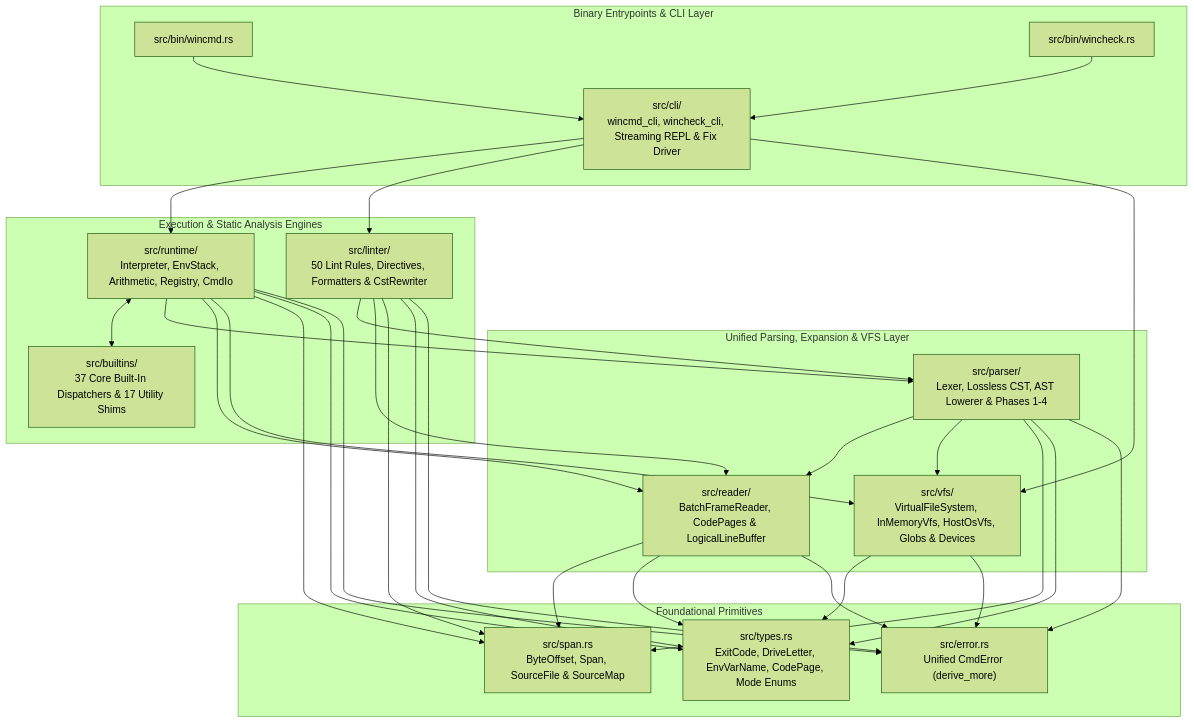
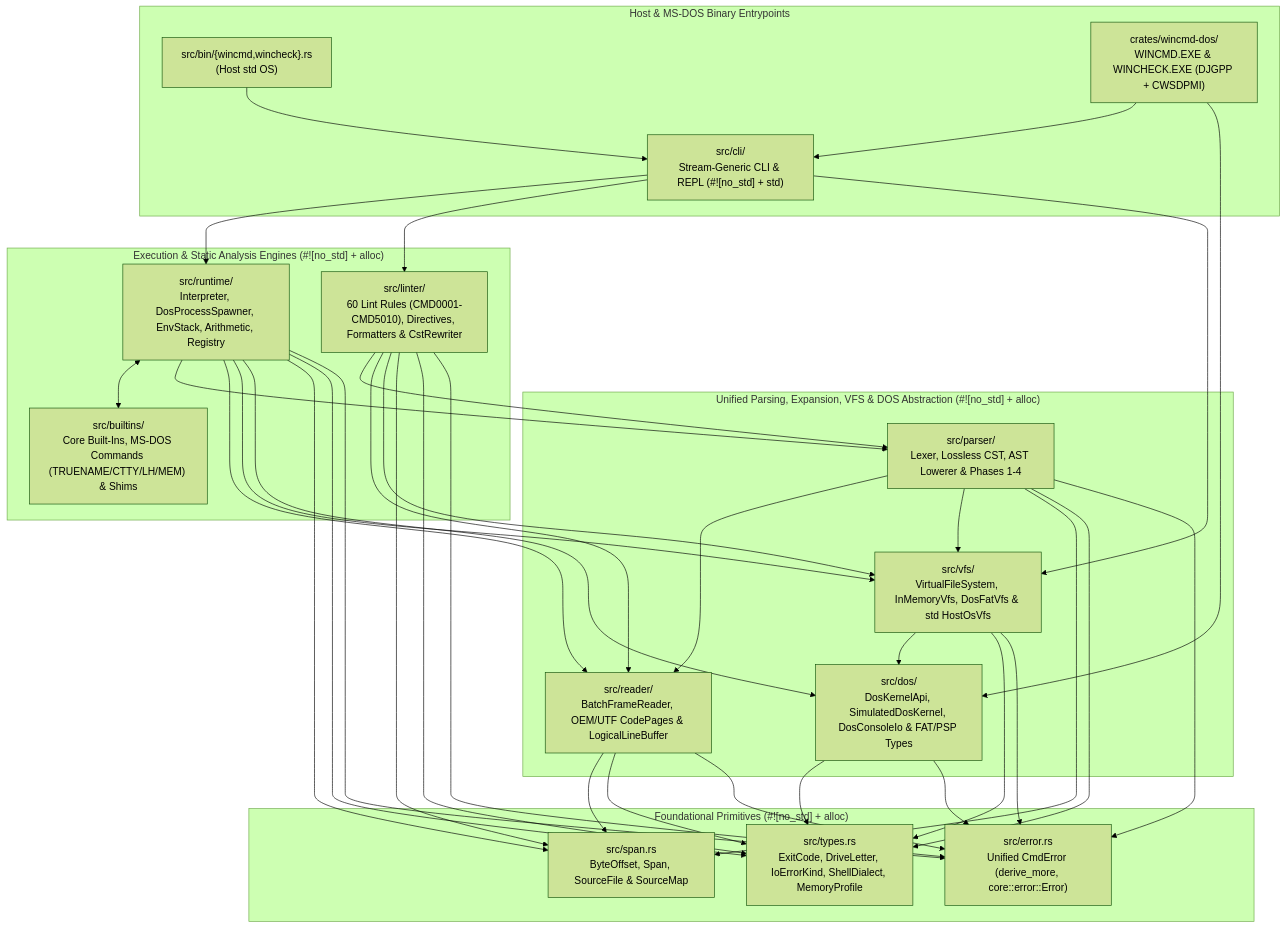
The first of 15 diagrams in ARCHITECTURE.md (SamuelMarks/win-cmd-rs), drawn with Mermaid (forest theme) before and after one commit. The commit also changed other lines of this file and 89 other files, not shown here.

````diff
--- a/ARCHITECTURE.md
+++ b/ARCHITECTURE.md
@@ -29,57 +30,64 @@
 ```mermaid
 flowchart TB
-    subgraph Binaries["Binary Entrypoints & CLI Layer"]
-        BIN_CMD["src/bin/wincmd.rs"]
-        BIN_CHK["src/bin/wincheck.rs"]
-        CLI["src/cli/<br/>wincmd_cli, wincheck_cli, Streaming REPL & Fix Driver"]
+    subgraph Binaries["Host & MS-DOS Binary Entrypoints"]
+        BIN_HOST["src/bin/{wincmd,wincheck}.rs<br/>(Host std OS)"]
+        BIN_DOS["crates/wincmd-dos/<br/>WINCMD.EXE & WINCHECK.EXE (DJGPP + CWSDPMI)"]
+        CLI["src/cli/<br/>Stream-Generic CLI & REPL (#![no_std] + std)"]
     end
 
-    subgraph Engines["Execution & Static Analysis Engines"]
-        RT["src/runtime/<br/>Interpreter, EnvStack, Arithmetic, Registry, CmdIo"]
-        BI["src/builtins/<br/>37 Core Built-In Dispatchers & 17 Utility Shims"]
-        LINT["src/linter/<br/>50 Lint Rules, Directives, Formatters & CstRewriter"]
+    subgraph Engines["Execution & Static Analysis Engines (#![no_std] + alloc)"]
+        RT["src/runtime/<br/>Interpreter, DosProcessSpawner, EnvStack, Arithmetic, Registry"]
+        BI["src/builtins/<br/>Core Built-Ins, MS-DOS Commands (TRUENAME/CTTY/LH/MEM) & Shims"]
+        LINT["src/linter/<br/>60 Lint Rules (CMD0001-CMD5010), Directives, Formatters & CstRewriter"]
     end
 
-    subgraph Frontend["Unified Parsing, Expansion & VFS Layer"]
+    subgraph Frontend["Unified Parsing, Expansion, VFS & DOS Abstraction (#![no_std] + alloc)"]
         PARSE["src/parser/<br/>Lexer, Lossless CST, AST Lowerer & Phases 1-4"]
-        READ["src/reader/<br/>BatchFrameReader, CodePages & LogicalLineBuffer"]
-        VFS["src/vfs/<br/>VirtualFileSystem, InMemoryVfs, HostOsVfs, Globs & Devices"]
+        READ["src/reader/<br/>BatchFrameReader, OEM/UTF CodePages & LogicalLineBuffer"]
+        VFS["src/vfs/<br/>VirtualFileSystem, InMemoryVfs, DosFatVfs & std HostOsVfs"]
+        DOS["src/dos/<br/>DosKernelApi, SimulatedDosKernel, DosConsoleIo & FAT/PSP Types"]
     end
 
-    subgraph Core["Foundational Primitives"]
+    subgraph Core["Foundational Primitives (#![no_std] + alloc)"]
         SPAN["src/span.rs<br/>ByteOffset, Span, SourceFile & SourceMap"]
-        TYPES["src/types.rs<br/>ExitCode, DriveLetter, EnvVarName, CodePage, Mode Enums"]
-        ERR["src/error.rs<br/>Unified CmdError (derive_more)"]
+        TYPES["src/types.rs<br/>ExitCode, DriveLetter, IoErrorKind, ShellDialect, MemoryProfile"]
+        ERR["src/error.rs<br/>Unified CmdError (derive_more, core::error::Error)"]
     end
 
-    BIN_CMD --> CLI
-    BIN_CHK --> CLI
+    BIN_HOST --> CLI
+    BIN_DOS --> CLI
+    BIN_DOS --> DOS
     CLI --> RT
     CLI --> LINT
     CLI --> VFS
 
     RT <--> BI
     RT --> PARSE
     RT --> READ
     RT --> VFS
+    RT --> DOS
 
     LINT --> PARSE
     LINT --> READ
+    LINT --> VFS
 
+    VFS --> DOS
     PARSE --> READ
     PARSE --> VFS
+    DOS --> TYPES
+    DOS --> ERR
     READ --> SPAN
     READ --> TYPES
     READ --> ERR
     PARSE --> SPAN
     PARSE --> TYPES
     PARSE --> ERR
     VFS --> TYPES
     VFS --> ERR
     RT --> SPAN
     RT --> TYPES
     RT --> ERR
     LINT --> SPAN
     LINT --> TYPES
     LINT --> ERR
 ```
````
